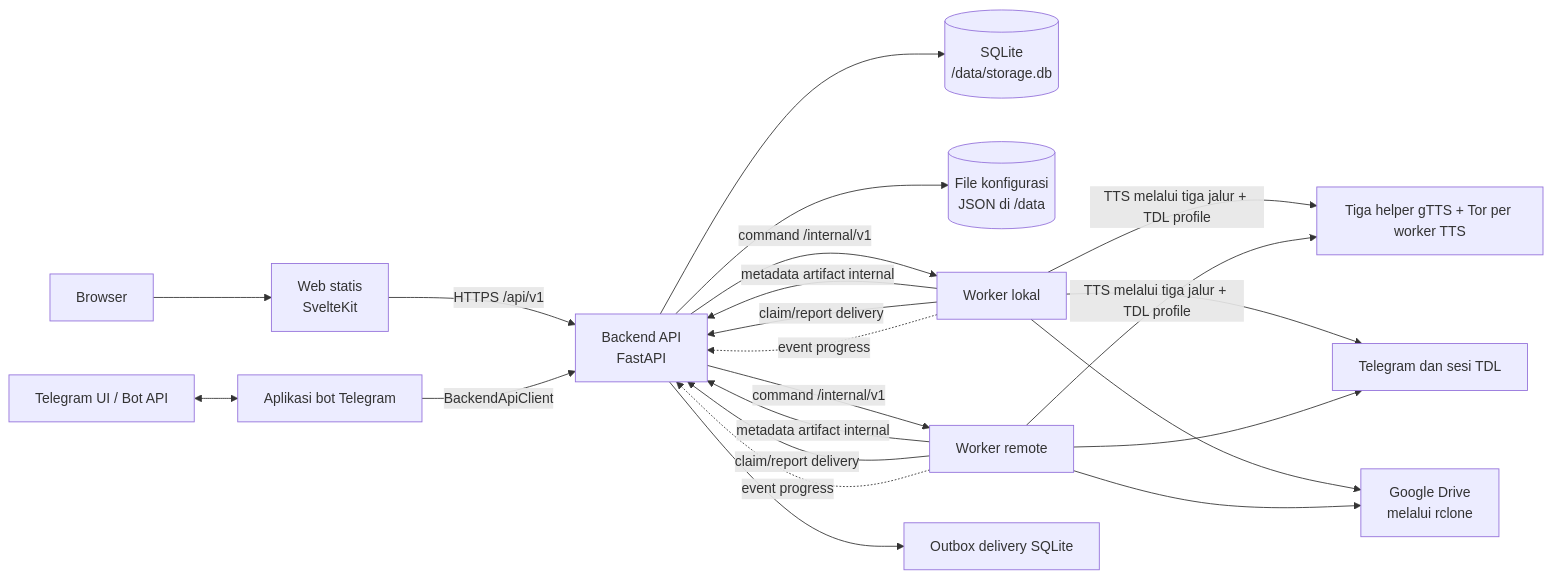
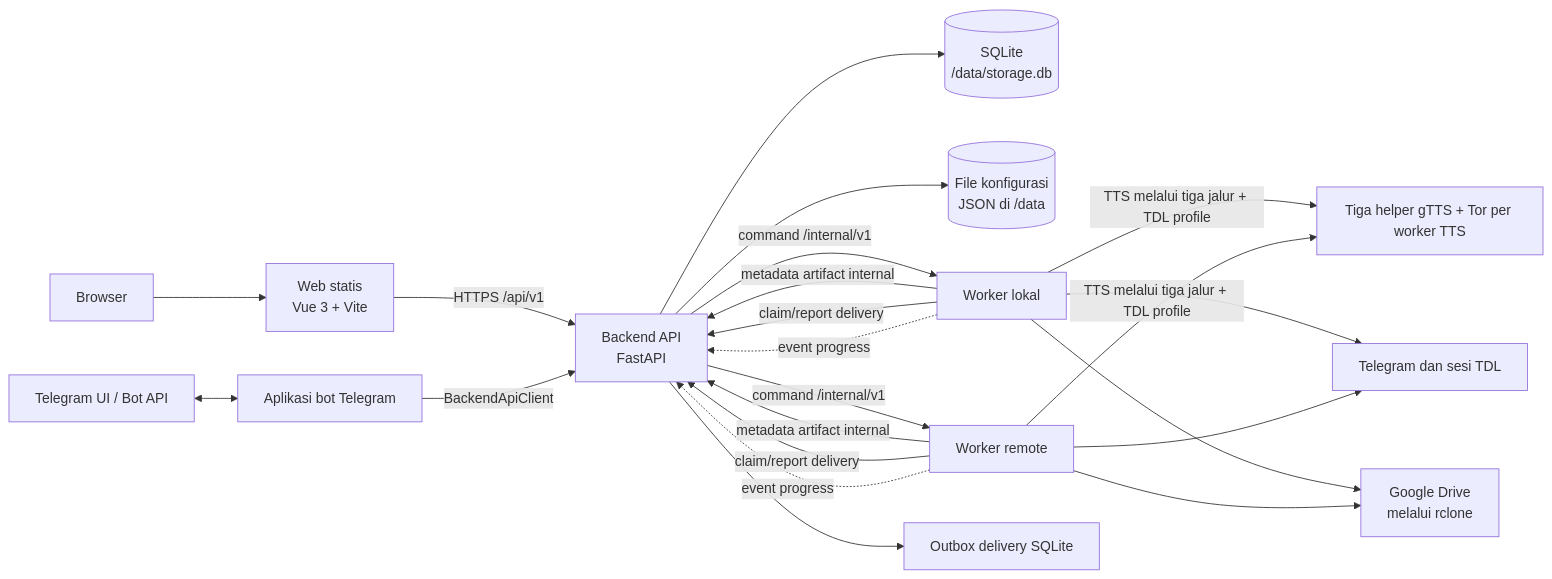
One commit to nkurnia1031/dockter_bot_tdl changed the first of 3 diagrams in docs/ARSITEKTUR_SISTEM.md. Above: the diagram before and after it, drawn with Mermaid. The commit also changed other lines of this file and 88 other files, not shown here.

Commit message:
feat(web): cut over static build to Vue

````diff
--- a/docs/ARSITEKTUR_SISTEM.md
+++ b/docs/ARSITEKTUR_SISTEM.md
@@ -21,38 +21,38 @@
 ```mermaid
 flowchart LR
   Browser[Browser]
-  Web["Web statis<br/>SvelteKit"]
+  Web["Web statis<br/>Vue 3 + Vite"]
   Telegram[Telegram UI / Bot API]
   TGApp["Aplikasi bot Telegram"]
   Backend["Backend API<br/>FastAPI"]
   DB[("SQLite<br/>/data/storage.db")]
   JSON[("File konfigurasi<br/>JSON di /data")]
   Local["Worker lokal"]
   Remote["Worker remote"]
   TTS["Tiga helper gTTS + Tor per worker TTS"]
   Outbox["Outbox delivery SQLite"]
   TDL["Telegram dan sesi TDL"]
   Drive["Google Drive<br/>melalui rclone"]
 
   Browser --> Web
   Web -->|HTTPS /api/v1| Backend
   Telegram <--> TGApp
   TGApp -->|BackendApiClient| Backend
   Backend --> DB
   Backend --> JSON
   Backend -->|command /internal/v1| Local
   Backend -->|command /internal/v1| Remote
   Local -->|TTS melalui tiga jalur + TDL profile| TTS
   Remote -->|TTS melalui tiga jalur + TDL profile| TTS
   Local -->|metadata artifact internal| Backend
   Remote -->|metadata artifact internal| Backend
   Backend --> Outbox
   Local -->|claim/report delivery| Backend
   Remote -->|claim/report delivery| Backend
   Local --> TDL
   Remote --> TDL
   Local --> Drive
   Remote --> Drive
   Local -. event progress .-> Backend
   Remote -. event progress .-> Backend
 ```
````
